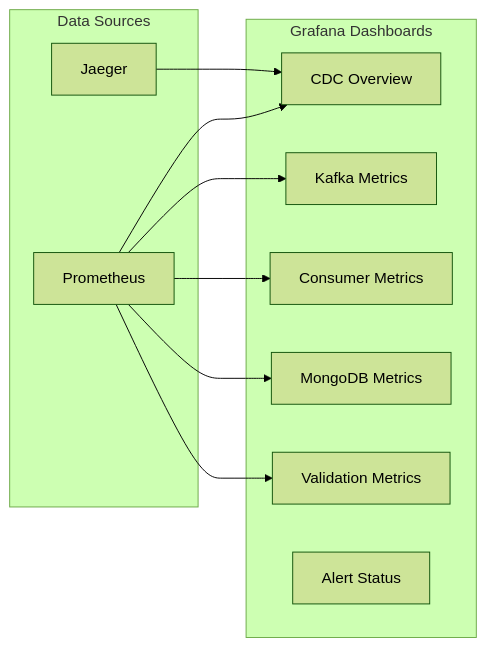
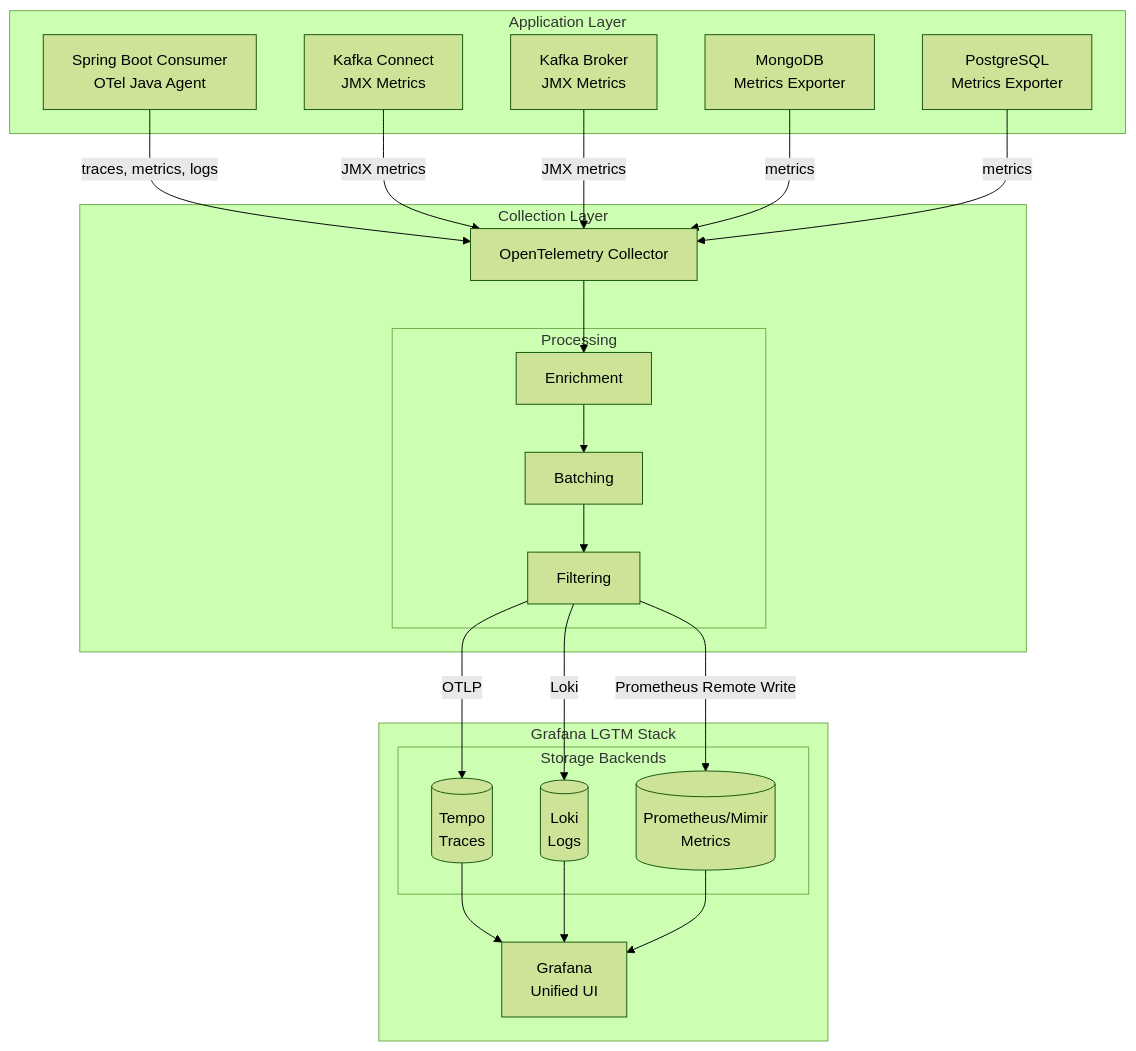
One commit to cebartling/spring-boot-spikes changed the seventh of 14 diagrams in cdc-debezium/docs/features/FEATURE-002.md. Above: the diagram before and after it, drawn with Mermaid (forest theme). The commit also changed other lines of this file, not shown here.

First line of the commit message:
docs: Enhance Feature 2.5 with Grafana LGTM stack context

````diff
--- a/cdc-debezium/docs/features/FEATURE-002.md
+++ b/cdc-debezium/docs/features/FEATURE-002.md
@@ -595,23 +642,44 @@
 ```mermaid
-flowchart LR
-    subgraph DATA["Data Sources"]
-        PROM[Prometheus]
-        JAEGER[Jaeger]
+flowchart TB
+    subgraph APPS["Application Layer"]
+        SPRING[Spring Boot Consumer<br/>OTel Java Agent]
+        CONNECT[Kafka Connect<br/>JMX Metrics]
+        KAFKA[Kafka Broker<br/>JMX Metrics]
+        MONGO[MongoDB<br/>Metrics Exporter]
+        PG[PostgreSQL<br/>Metrics Exporter]
     end
 
-    subgraph GRAFANA["Grafana Dashboards"]
-        OVERVIEW[CDC Overview]
-        KAFKA[Kafka Metrics]
-        CONSUMER[Consumer Metrics]
-        MONGO[MongoDB Metrics]
-        VALIDATION[Validation Metrics]
-        ALERTS[Alert Status]
+    subgraph COLLECT["Collection Layer"]
+        OTEL[OpenTelemetry Collector]
+        subgraph PROCESSING["Processing"]
+            ENRICH[Enrichment]
+            BATCH[Batching]
+            FILTER[Filtering]
+        end
     end
 
-    PROM --> OVERVIEW
-    PROM --> KAFKA
-    PROM --> CONSUMER
-    PROM --> MONGO
-    PROM --> VALIDATION
-    JAEGER --> OVERVIEW
+    subgraph LGTM["Grafana LGTM Stack"]
+        subgraph BACKENDS["Storage Backends"]
+            TEMPO[(Tempo<br/>Traces)]
+            LOKI[(Loki<br/>Logs)]
+            PROM[(Prometheus/Mimir<br/>Metrics)]
+        end
+        GRAFANA[Grafana<br/>Unified UI]
+    end
+
+    SPRING -- "traces, metrics, logs" --> OTEL
+    CONNECT -- "JMX metrics" --> OTEL
+    KAFKA -- "JMX metrics" --> OTEL
+    MONGO -- "metrics" --> OTEL
+    PG -- "metrics" --> OTEL
+
+    OTEL --> ENRICH --> BATCH --> FILTER
+
+    FILTER -- "OTLP" --> TEMPO
+    FILTER -- "Loki" --> LOKI
+    FILTER -- "Prometheus Remote Write" --> PROM
+
+    TEMPO --> GRAFANA
+    LOKI --> GRAFANA
+    PROM --> GRAFANA
 ```
````
